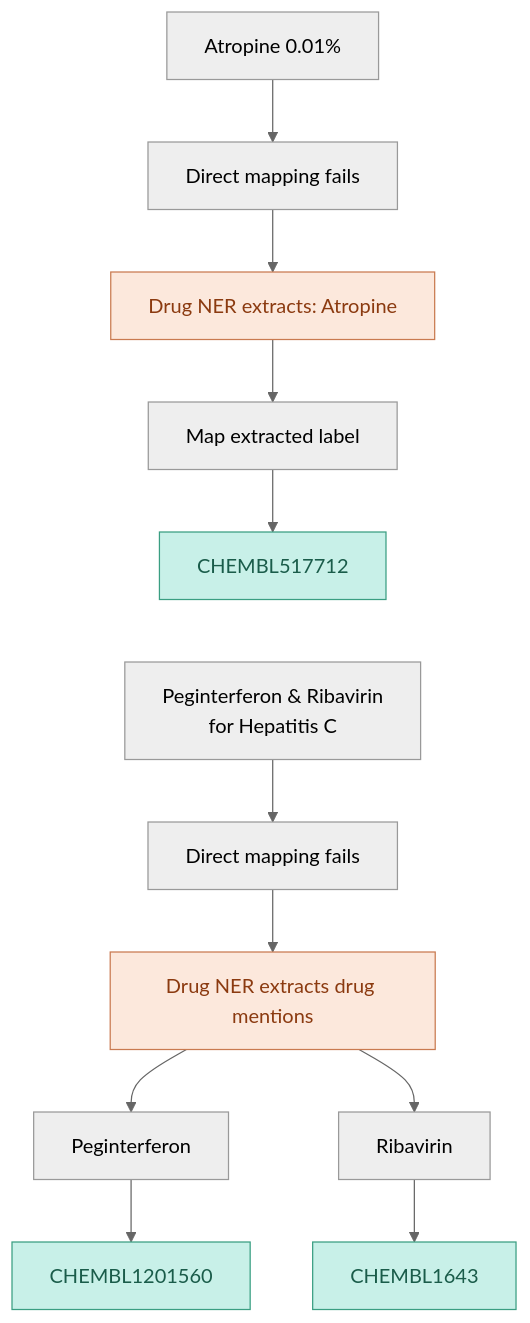
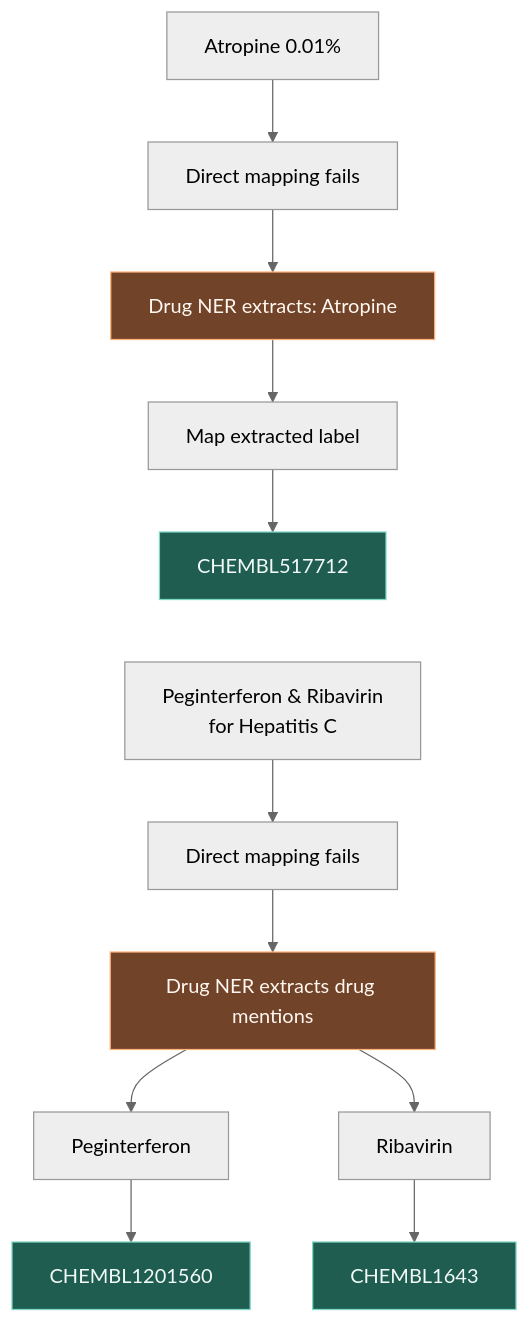
The second of 2 diagrams in docs/entity-mapping.md (opentargets/mira), drawn with Mermaid (neutral theme) before and after one commit. The commit also changed other lines of this file and 32 other files, not shown here.

````diff
--- a/docs/entity-mapping.md
+++ b/docs/entity-mapping.md
@@ -99,21 +99,21 @@
 ```mermaid
 flowchart TD
     A["Atropine 0.01%"] --> AFAIL["Direct mapping fails"]
     AFAIL --> ANER["Drug NER extracts: Atropine"]
     ANER --> AREMAP["Map extracted label"]
     AREMAP --> AID["CHEMBL517712"]
 
     P["Peginterferon & Ribavirin<br/>for Hepatitis C"] --> PFAIL["Direct mapping fails"]
     PFAIL --> PNER["Drug NER extracts drug mentions"]
     PNER --> PEG["Peginterferon"]
     PNER --> RIB["Ribavirin"]
     PEG --> PEGMAP["CHEMBL1201560"]
     RIB --> RIBMAP["CHEMBL1643"]
     AID ~~~ P
 
-    style ANER fill:#fce8dc,stroke:#c97a50,color:#8b3a10
-    style PNER fill:#fce8dc,stroke:#c97a50,color:#8b3a10
-    style AID fill:#c8f0e8,stroke:#3a9e82,color:#1a5c4a
-    style PEGMAP fill:#c8f0e8,stroke:#3a9e82,color:#1a5c4a
-    style RIBMAP fill:#c8f0e8,stroke:#3a9e82,color:#1a5c4a
+    style ANER fill:#714329,stroke:#ffb37c,color:#fff7f0
+    style PNER fill:#714329,stroke:#ffb37c,color:#fff7f0
+    style AID fill:#1f5d50,stroke:#7ed6c4,color:#f2fbf8
+    style PEGMAP fill:#1f5d50,stroke:#7ed6c4,color:#f2fbf8
+    style RIBMAP fill:#1f5d50,stroke:#7ed6c4,color:#f2fbf8
 ```
````
